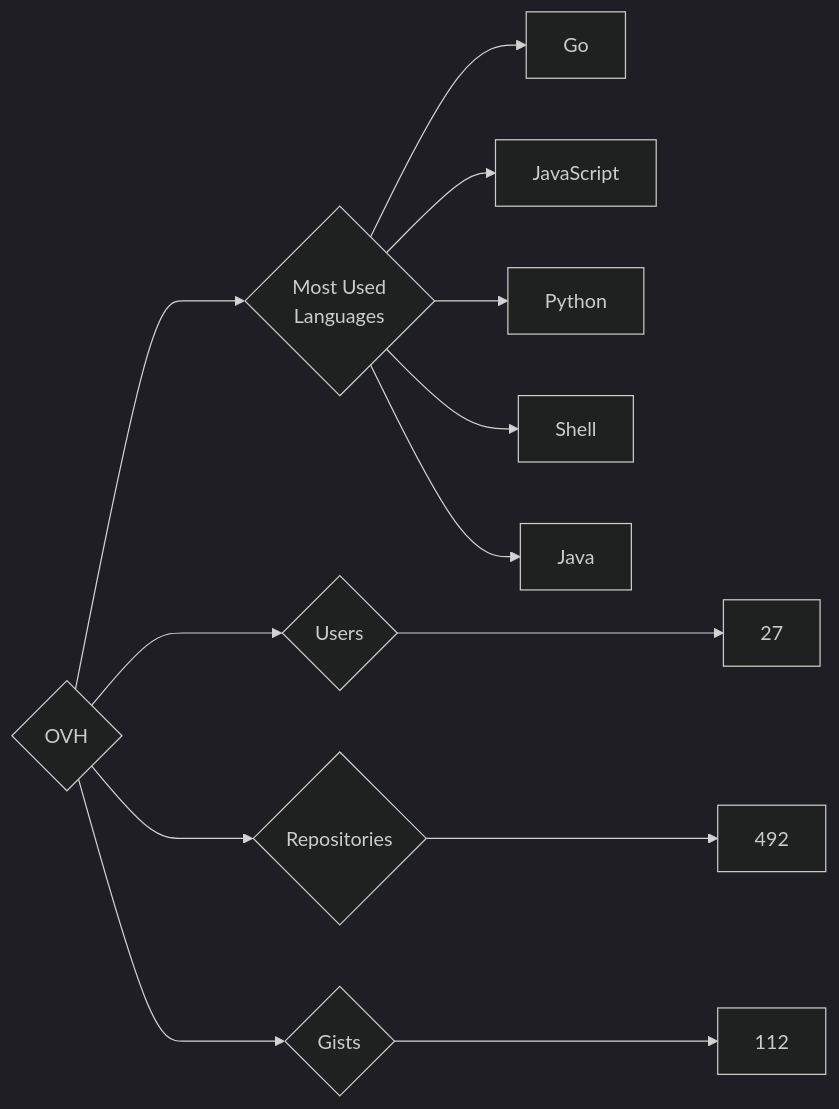
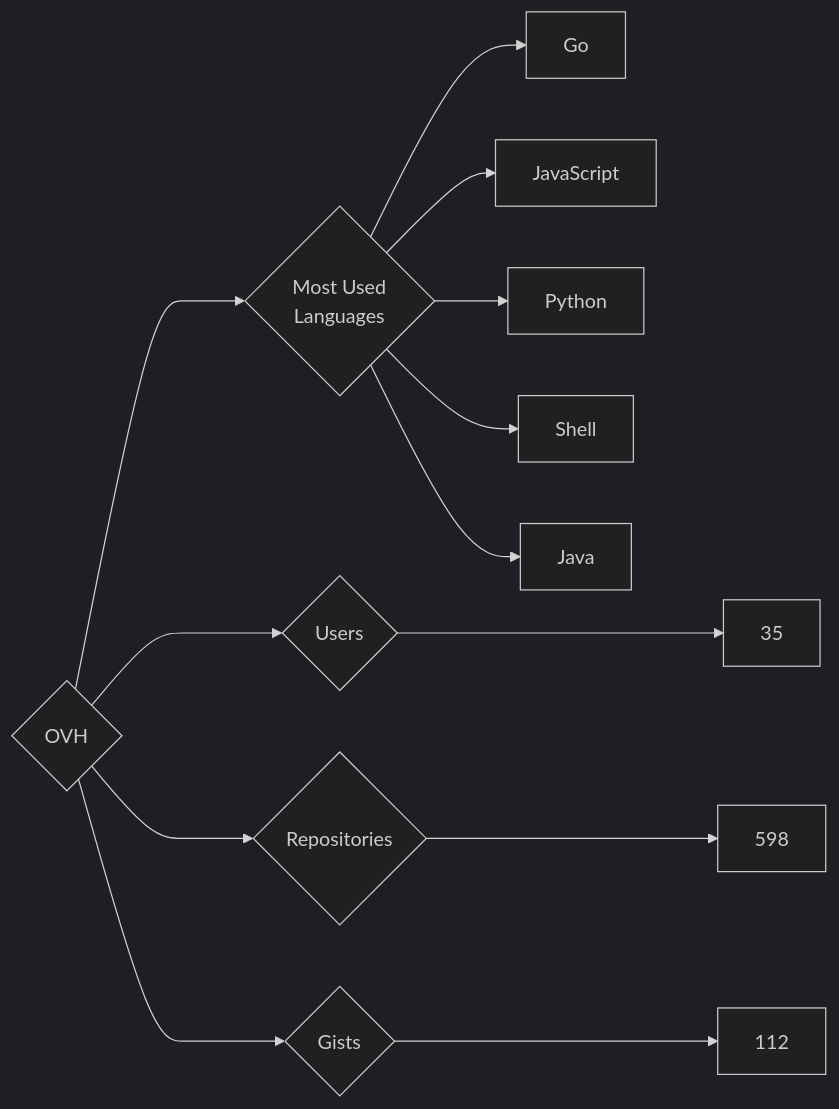
One commit to trickest/insiders changed the diagram in targets/OVH/README.md. Above: the diagram before and after it, drawn with Mermaid (dark theme). The commit also changed 765 other files, not shown here.

````diff
--- a/targets/OVH/README.md
+++ b/targets/OVH/README.md
@@ -3,13 +3,13 @@
 ```mermaid
 graph LR
 COMPANY_NAME{OVH}
-COMPANY_NAME ---> U{Users} ---> UN[27]
-COMPANY_NAME ---> R{Repositories} ---> RN[492]
+COMPANY_NAME ---> U{Users} ---> UN[35]
+COMPANY_NAME ---> R{Repositories} ---> RN[598]
 COMPANY_NAME ---> G{Gists} ---> GN[112]
 COMPANY_NAME ---> ML{Most Used<br>Languages}
 ML --> Go[Go]
 ML --> JavaScript[JavaScript]
 ML --> Python[Python]
 ML --> Shell[Shell]
 ML --> Java[Java]
 ```
````
